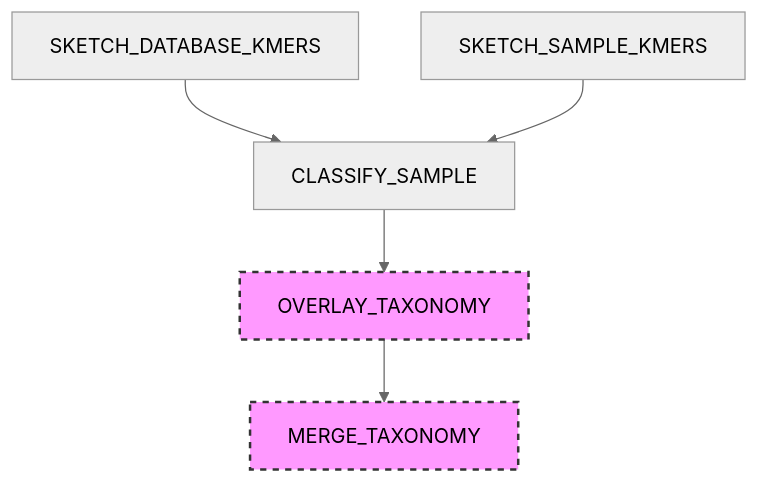
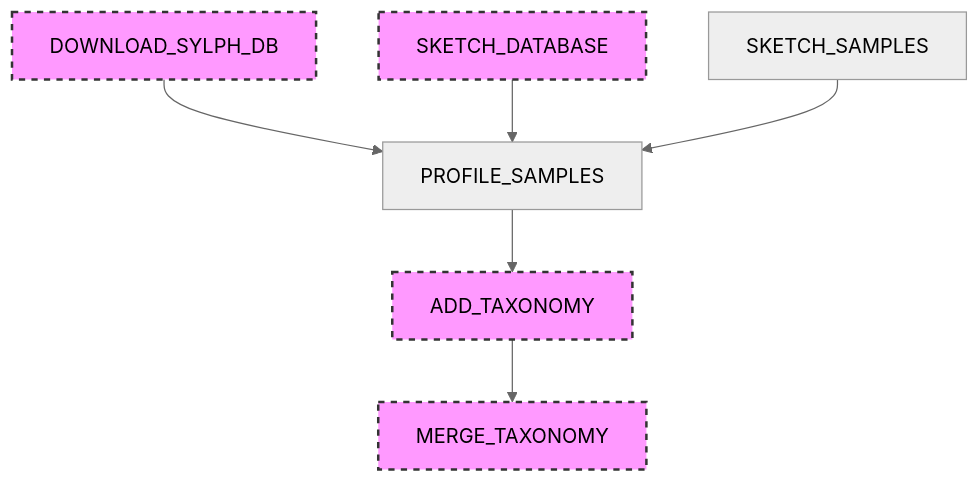
Before and after one commit to nrminor/oneroof: diagram 11 of 13 in docs/pipeline_architecture.md, drawn with Mermaid (neutral theme). The commit also changed other lines of this file and 18 other files, not shown here.

````diff
--- a/docs/pipeline_architecture.md
+++ b/docs/pipeline_architecture.md
@@ -258,10 +300,13 @@
 ``` mermaid
 graph TD
-    A[SKETCH_DATABASE_KMERS] --> C[CLASSIFY_SAMPLE]
-    B[SKETCH_SAMPLE_KMERS] --> C
-    C --> D[OVERLAY_TAXONOMY]
-    D --> E[MERGE_TAXONOMY]
+    A[DOWNLOAD_SYLPH_DB] --> D[PROFILE_SAMPLES]
+    B[SKETCH_DATABASE] --> D
+    C[SKETCH_SAMPLES] --> D
+    D --> E[ADD_TAXONOMY]
+    E --> F[MERGE_TAXONOMY]
 
-    style D fill:#f9f,stroke:#333,stroke-width:2px,stroke-dasharray: 5 5
+    style A fill:#f9f,stroke:#333,stroke-width:2px,stroke-dasharray: 5 5
+    style B fill:#f9f,stroke:#333,stroke-width:2px,stroke-dasharray: 5 5
     style E fill:#f9f,stroke:#333,stroke-width:2px,stroke-dasharray: 5 5
+    style F fill:#f9f,stroke:#333,stroke-width:2px,stroke-dasharray: 5 5
 ```
````
